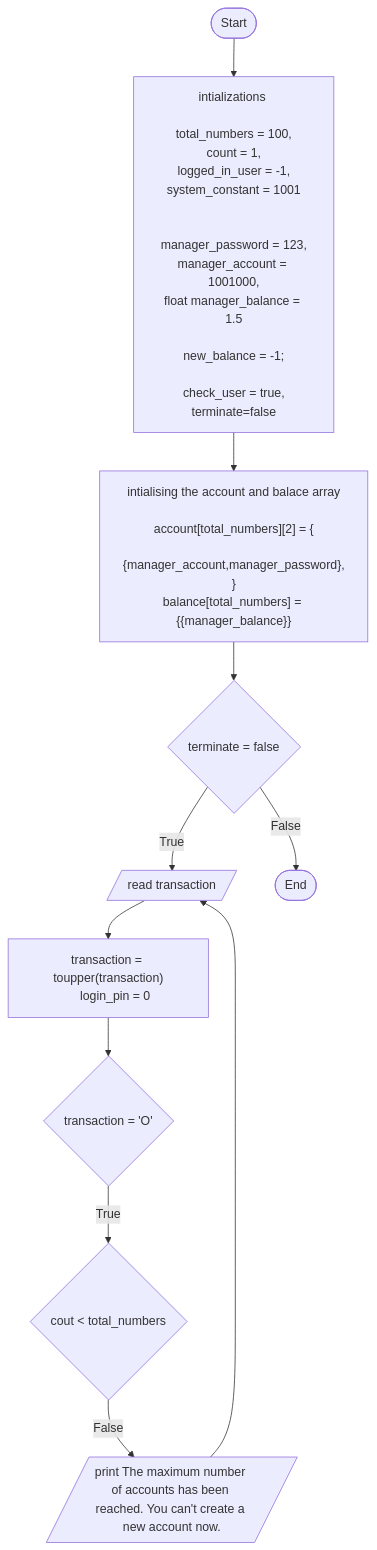
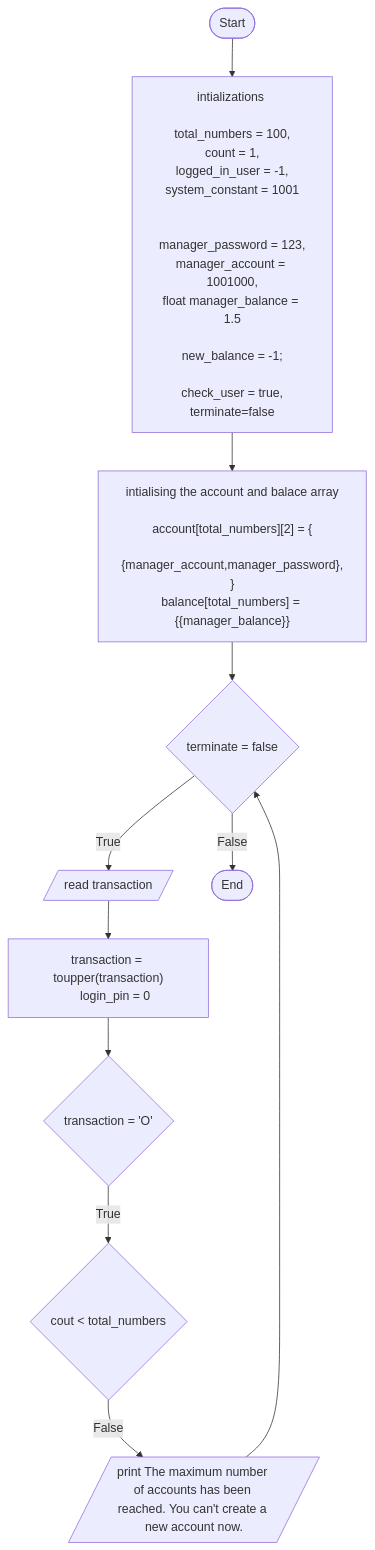
The diagram in FoP I/flowchart.md (Ludis-ET/Bank-Account), drawn with Mermaid before and after one commit.

````diff
--- a/FoP I/flowchart.md
+++ b/FoP I/flowchart.md
@@ -1,51 +1,51 @@
 ```mermaid
     flowchart TD;
     A([Start])-->B["
     intializations 
 
     total_numbers = 100,
     count = 1,
     logged_in_user = -1,
     system_constant = 1001
 
 
     manager_password = 123,
     manager_account = 1001000,
     float manager_balance = 1.5
     
     new_balance = -1;
 
     check_user = true,
     terminate=false
     
     "];
 
 
     B-->C["
     
     intialising the account and balace array
 
     account[total_numbers][2] = {
         {manager_account,manager_password},
     }
     balance[total_numbers] = {{manager_balance}}
 
     "];
 
 
     C-->D{terminate = false}
     D -->|True| E[/read transaction/]
     D -->|False| E1([End]);
     E -->F["
         transaction = toupper(transaction)
         login_pin = 0
     "]
     F --> G{transaction = 'O'}
     G --> |True| H{cout < total_numbers}
     H --> |False| I1[/ print The maximum number of accounts has been reached. You can't create a new account now. /]
-    I1 --> E
+    I1 --> D
 
 
 
     
 ```
````
